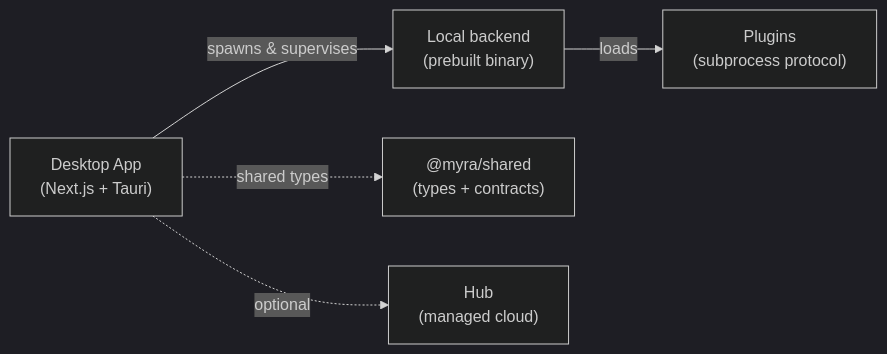
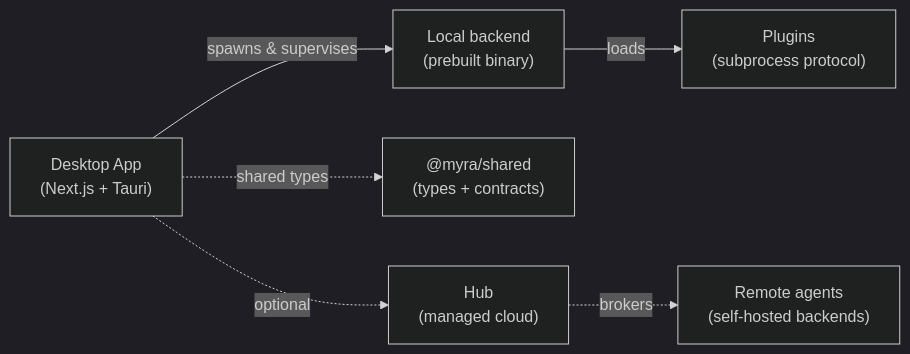
Before and after one commit to Myra-Agents/.github: the diagram in profile/README.md, drawn with Mermaid (dark theme).

Commit message:
docs: show remote agents (brokered via Hub) in the diagram

````diff
--- a/profile/README.md
+++ b/profile/README.md
@@ -32,13 +32,15 @@
 ```mermaid
 flowchart LR
   app["Desktop App<br/>(Next.js + Tauri)"]
   backend["Local backend<br/>(prebuilt binary)"]
   plugins["Plugins<br/>(subprocess protocol)"]
   shared["@myra/shared<br/>(types + contracts)"]
   hub["Hub<br/>(managed cloud)"]
+  remote["Remote agents<br/>(self-hosted backends)"]
 
   app -->|spawns &amp; supervises| backend
   backend -->|loads| plugins
   app -.->|optional| hub
+  hub -.->|brokers| remote
   app -.->|shared types| shared
 ```
````
